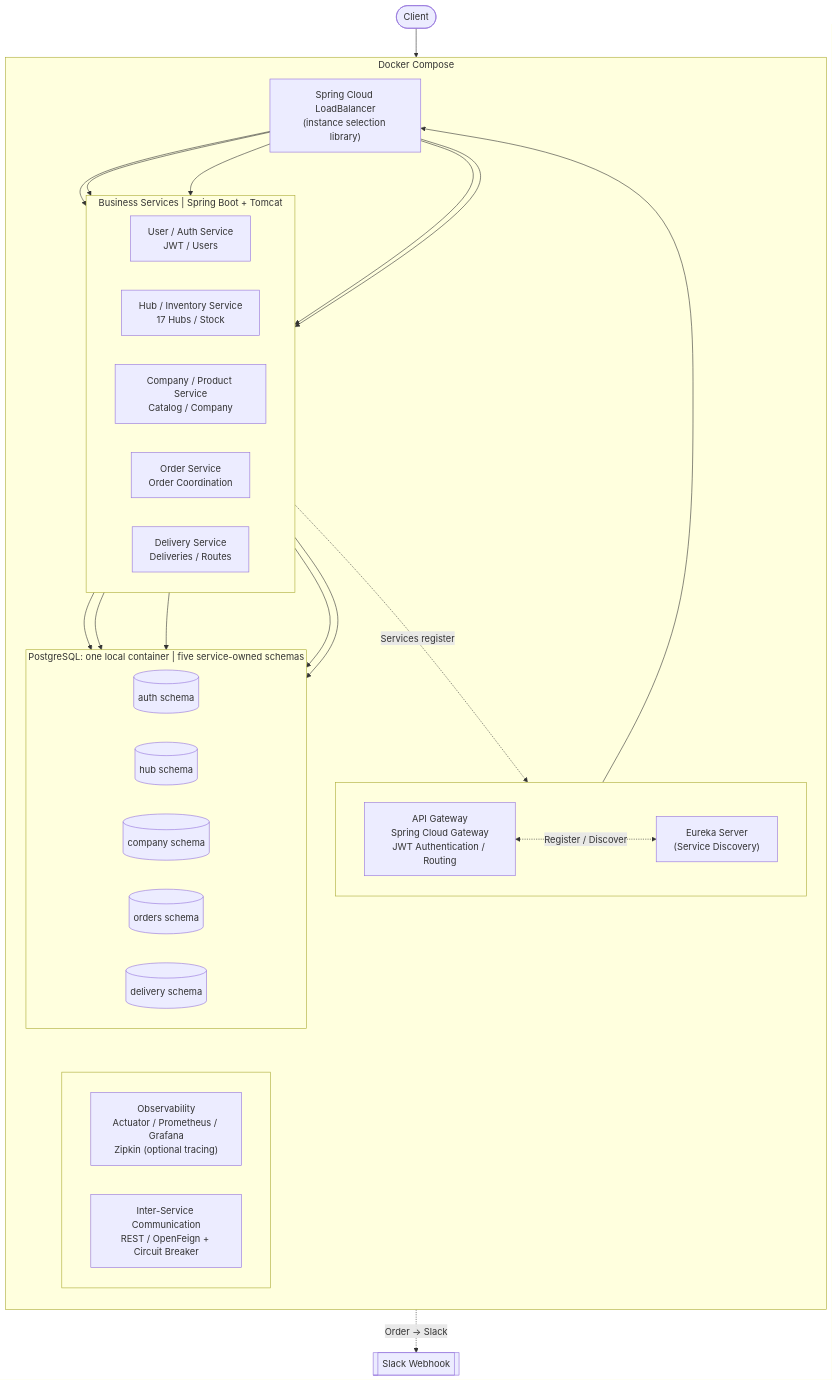
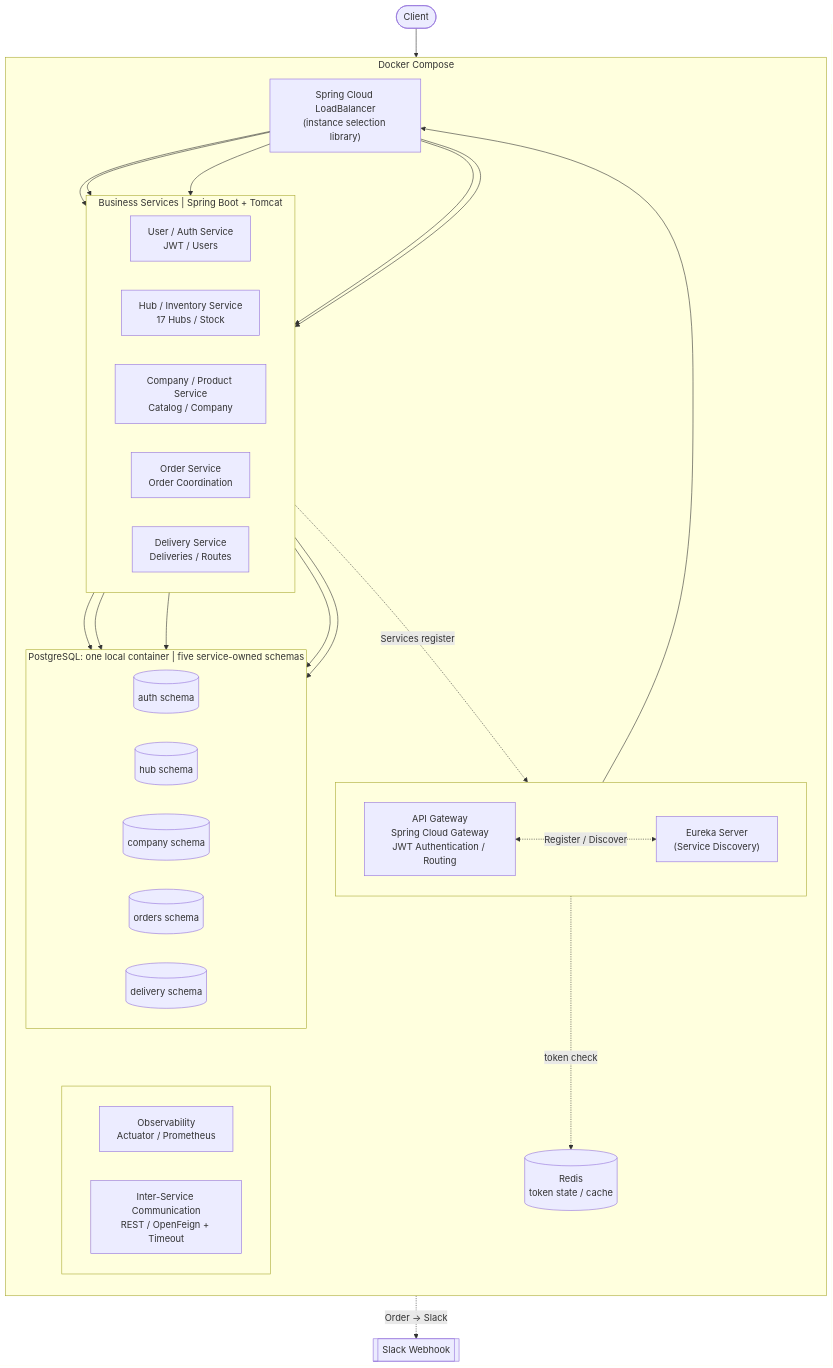
Before and after one commit to 01Commit10/sparta-logistics: the diagram in docs/design/02 인프라 설계.md, drawn with Mermaid. The commit also changed other lines of this file and 9 other files, not shown here.

````diff
--- a/docs/design/02 인프라 설계.md
+++ b/docs/design/02 인프라 설계.md
@@ -7,57 +7,60 @@
 ```mermaid
 flowchart TB
     client([Client])
     slack[[Slack Webhook]]
 
     subgraph compose["Docker Compose"]
         direction TB
 
         subgraph edge[" "]
             direction LR
             gateway["API Gateway<br/>Spring Cloud Gateway<br/>JWT Authentication / Routing"]
             eureka["Eureka Server<br/>(Service Discovery)"]
         end
 
         lb["Spring Cloud LoadBalancer<br/>(instance selection library)"]
 
         subgraph services["Business Services | Spring Boot + Tomcat"]
             direction LR
             auth["User / Auth Service<br/>JWT / Users"]
             hub["Hub / Inventory Service<br/>17 Hubs / Stock"]
             company["Company / Product Service<br/>Catalog / Company"]
             order["Order Service<br/>Order Coordination"]
             delivery["Delivery Service<br/>Deliveries / Routes"]
         end
 
         subgraph db["PostgreSQL: one local container | five service-owned schemas"]
             direction LR
             db_auth[("auth schema")]
             db_hub[("hub schema")]
             db_company[("company schema")]
             db_orders[("orders schema")]
             db_delivery[("delivery schema")]
         end
 
+        redis[("Redis<br/>token state / cache")]
+
         subgraph cross[" "]
             direction LR
-            obs["Observability<br/>Actuator / Prometheus / Grafana<br/>Zipkin (optional tracing)"]
-            comm["Inter-Service Communication<br/>REST / OpenFeign + Circuit Breaker"]
+            obs["Observability<br/>Actuator / Prometheus"]
+            comm["Inter-Service Communication<br/>REST / OpenFeign + Timeout"]
         end
     end
 
     client --> gateway
     gateway <-. "Register / Discover" .-> eureka
     gateway --> lb
     lb --> auth & hub & company & order & delivery
     services -. "Services register" .-> eureka
 
     auth --> db_auth
     hub --> db_hub
     company --> db_company
     order --> db_orders
     delivery --> db_delivery
+    gateway -. "token check" .-> redis
 
     order -. "Order → Slack" .-> slack
 
     db ~~~ cross
 ```
````
